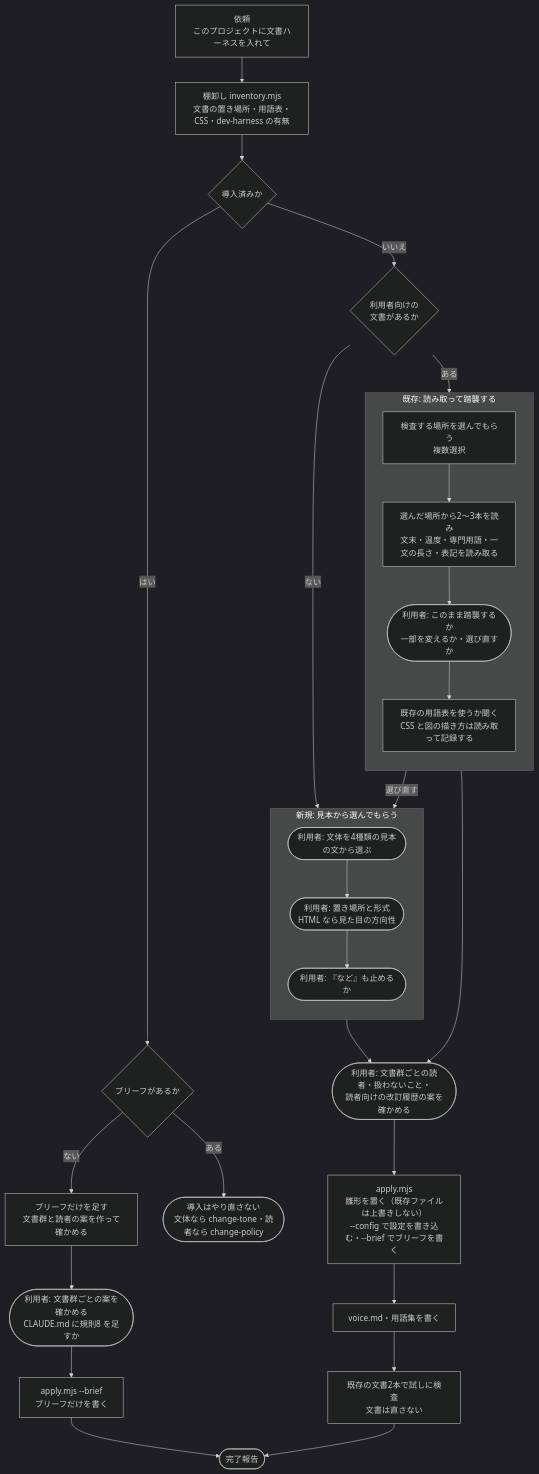
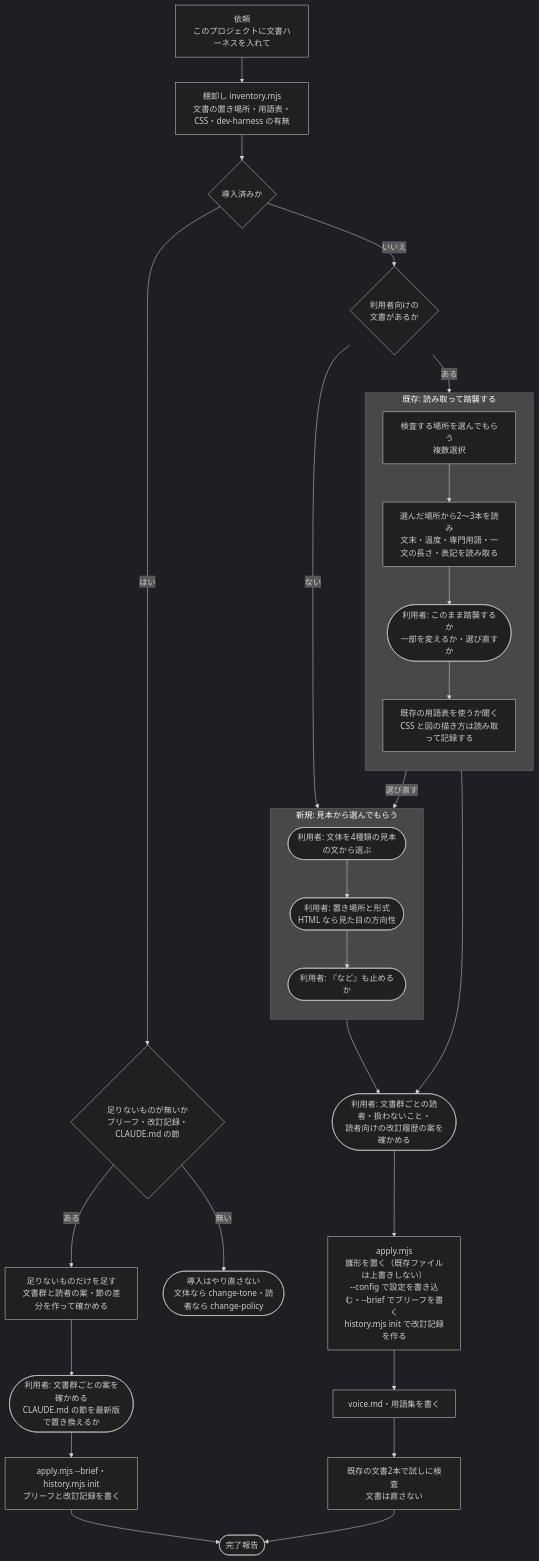
Before and after one commit to mizuta0711/claude-doc-harness: the diagram in docs/diagrams/03_導入フロー図.md, drawn with Mermaid (dark theme). The commit also changed other lines of this file and 29 other files, not shown here.

````diff
--- a/docs/diagrams/03_導入フロー図.md
+++ b/docs/diagrams/03_導入フロー図.md
@@ -26,43 +26,43 @@
 ```mermaid
 flowchart TD
     START["依頼<br/>このプロジェクトに文書ハーネスを入れて"]
     INV["棚卸し inventory.mjs<br/>文書の置き場所・用語表・CSS・dev-harness の有無"]
     DONE_BEFORE{"導入済みか"}
-    HAS_BRIEF{"ブリーフがあるか"}
-    ADD_BRIEF["ブリーフだけを足す<br/>文書群と読者の案を作って確かめる"]
+    HAS_BRIEF{"足りないものが無いか<br/>ブリーフ・改訂記録・CLAUDE.md の節"}
+    ADD_BRIEF["足りないものだけを足す<br/>文書群と読者の案・節の差分を作って確かめる"]
     TO_TONE(["導入はやり直さない<br/>文体なら change-tone・読者なら change-policy"])
     EXIST{"利用者向けの<br/>文書があるか"}
 
     subgraph EXISTING["既存: 読み取って踏襲する"]
         direction TB
         A1["検査する場所を選んでもらう<br/>複数選択"]
         A2["選んだ場所から2〜3本を読み<br/>文末・温度・専門用語・一文の長さ・表記を読み取る"]
         A3(["利用者: このまま踏襲するか<br/>一部を変えるか・選び直すか"])
         A4["既存の用語表を使うか聞く<br/>CSS と図の描き方は読み取って記録する"]
     end
 
     subgraph NEW["新規: 見本から選んでもらう"]
         direction TB
         B1(["利用者: 文体を4種類の見本の文から選ぶ"])
         B2(["利用者: 置き場所と形式<br/>HTML なら見た目の方向性"])
         B3(["利用者: 『など』も止めるか"])
     end
 
     GROUPS(["利用者: 文書群ごとの読者・扱わないこと・<br/>読者向けの改訂履歴の案を確かめる"])
-    APPLY["apply.mjs<br/>雛形を置く（既存ファイルは上書きしない）<br/>--config で設定を書き込む・--brief でブリーフを書く"]
+    APPLY["apply.mjs<br/>雛形を置く（既存ファイルは上書きしない）<br/>--config で設定を書き込む・--brief でブリーフを書く<br/>history.mjs init で改訂記録を作る"]
     VOICE["voice.md・用語集を書く"]
     TRY["既存の文書2本で試しに検査<br/>文書は直さない"]
     REPORT(["完了報告"])
 
     START --> INV --> DONE_BEFORE
     DONE_BEFORE -- はい --> HAS_BRIEF
-    HAS_BRIEF -- ある --> TO_TONE
-    HAS_BRIEF -- ない --> ADD_BRIEF --> GROUPS2(["利用者: 文書群ごとの案を確かめる<br/>CLAUDE.md に規則8 を足すか"])
-    GROUPS2 --> BRIEF_ONLY["apply.mjs --brief<br/>ブリーフだけを書く"] --> REPORT
+    HAS_BRIEF -- 無い --> TO_TONE
+    HAS_BRIEF -- ある --> ADD_BRIEF --> GROUPS2(["利用者: 文書群ごとの案を確かめる<br/>CLAUDE.md の節を最新版で置き換えるか"])
+    GROUPS2 --> BRIEF_ONLY["apply.mjs --brief・history.mjs init<br/>ブリーフと改訂記録を書く"] --> REPORT
     DONE_BEFORE -- いいえ --> EXIST
     EXIST -- ある --> A1 --> A2 --> A3 --> A4 --> GROUPS
     A3 -- 選び直す --> B1
     EXIST -- ない --> B1 --> B2 --> B3 --> GROUPS
     GROUPS --> APPLY
     APPLY --> VOICE --> TRY --> REPORT
 ```
````
